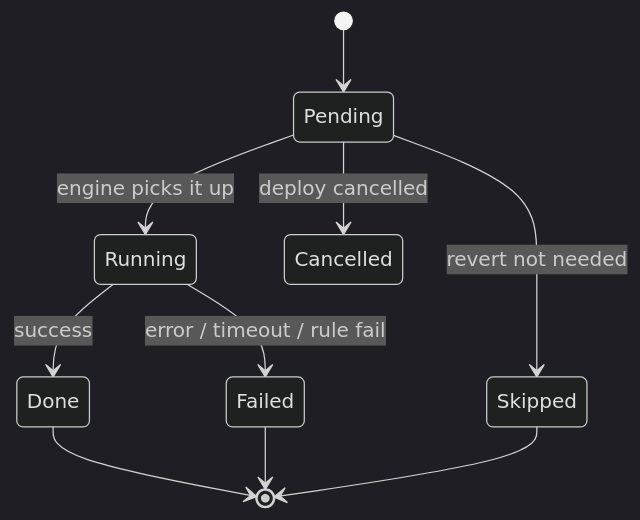
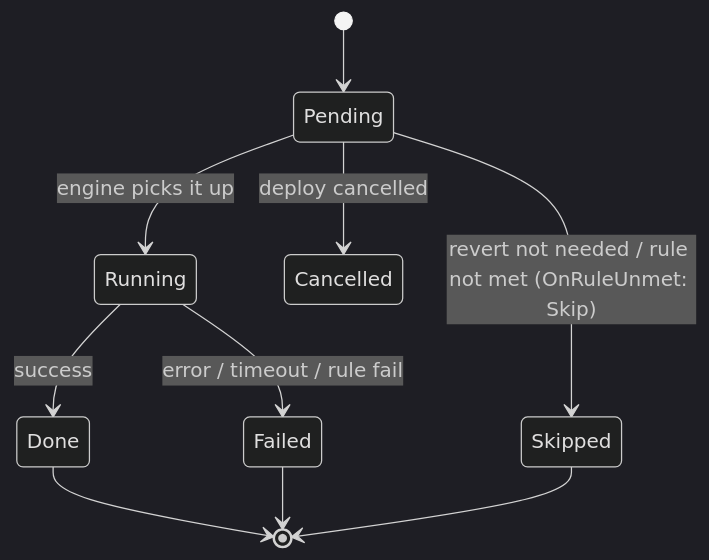
The first of 3 diagrams in docs/root/user-docs/developer/deploy/v2/how-it-works.md (getappsh/docs), drawn with Mermaid (dark theme) before and after one commit. The commit also changed other lines of this file and 5 other files, not shown here.

````diff
--- a/docs/root/user-docs/developer/deploy/v2/how-it-works.md
+++ b/docs/root/user-docs/developer/deploy/v2/how-it-works.md
@@ -55,12 +55,12 @@
 ```mermaid
 stateDiagram-v2
     [*] --> Pending
     Pending --> Running: engine picks it up
     Running --> Done: success
     Running --> Failed: error / timeout / rule fail
-    Pending --> Skipped: revert not needed
+    Pending --> Skipped: revert not needed / rule not met (OnRuleUnmet: Skip)
     Pending --> Cancelled: deploy cancelled
     Done --> [*]
     Failed --> [*]
     Skipped --> [*]
 ```
````
